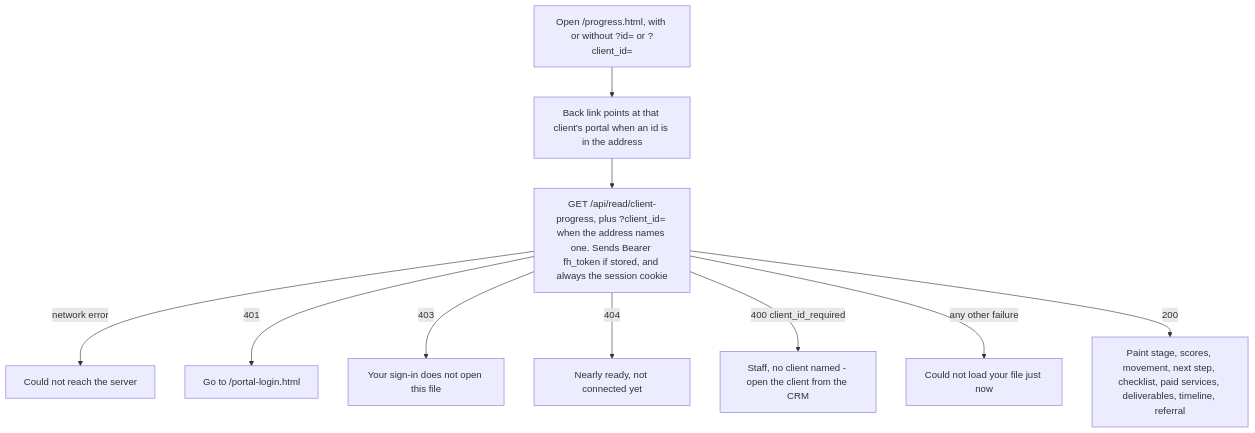
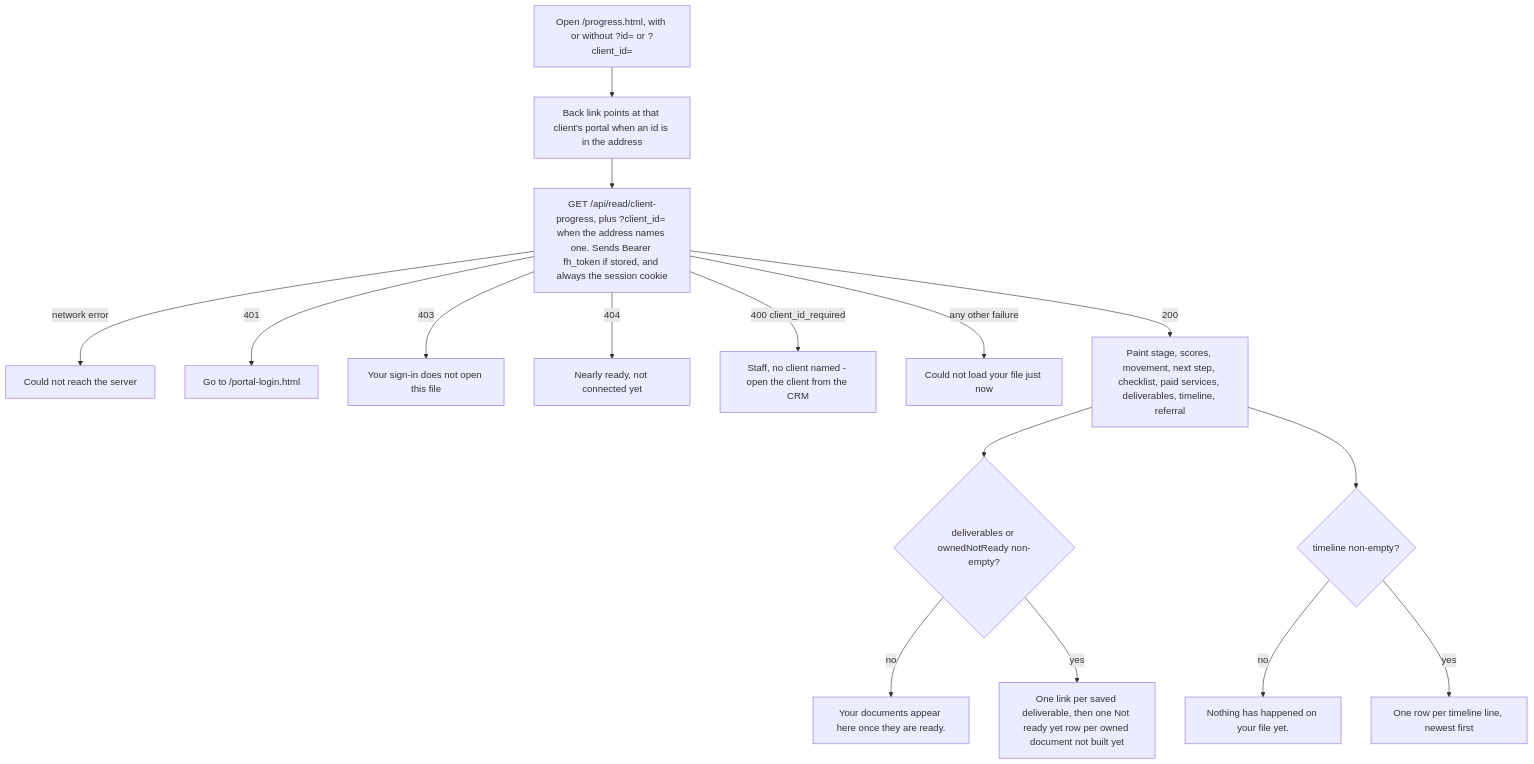
One commit to ZootimusMaximusSupreme/Fundhub_ai changed the fourth of 5 diagrams in docs/journeys/client-progress-actual.md. Above: the diagram before and after it, drawn with Mermaid. The commit also changed other lines of this file and 13 other files, not shown here.

First line of the commit message:
fix(N13): progress page names owned documents not built yet and shows what happened

````diff
--- a/docs/journeys/client-progress-actual.md
+++ b/docs/journeys/client-progress-actual.md
@@ -188,12 +196,18 @@
 ```mermaid
 flowchart TD
     A[Open /progress.html, with or without ?id= or ?client_id=] --> B[Back link points at that client's portal when an id is in the address]
     B --> C[GET /api/read/client-progress, plus ?client_id= when the address names one. Sends Bearer fh_token if stored, and always the session cookie]
     C -->|network error| X[Could not reach the server]
     C -->|401| L[Go to /portal-login.html]
     C -->|403| F3[Your sign-in does not open this file]
     C -->|404| F4[Nearly ready, not connected yet]
     C -->|400 client_id_required| F0[Staff, no client named - open the client from the CRM]
     C -->|any other failure| F5[Could not load your file just now]
     C -->|200| P[Paint stage, scores, movement, next step, checklist, paid services, deliverables, timeline, referral]
+    P --> D1{deliverables or ownedNotReady non-empty?}
+    D1 -->|no| D2[Your documents appear here once they are ready.]
+    D1 -->|yes| D3[One link per saved deliverable, then one Not ready yet row per owned document not built yet]
+    P --> T1{timeline non-empty?}
+    T1 -->|no| T2[Nothing has happened on your file yet.]
+    T1 -->|yes| T3[One row per timeline line, newest first]
 ```
````
